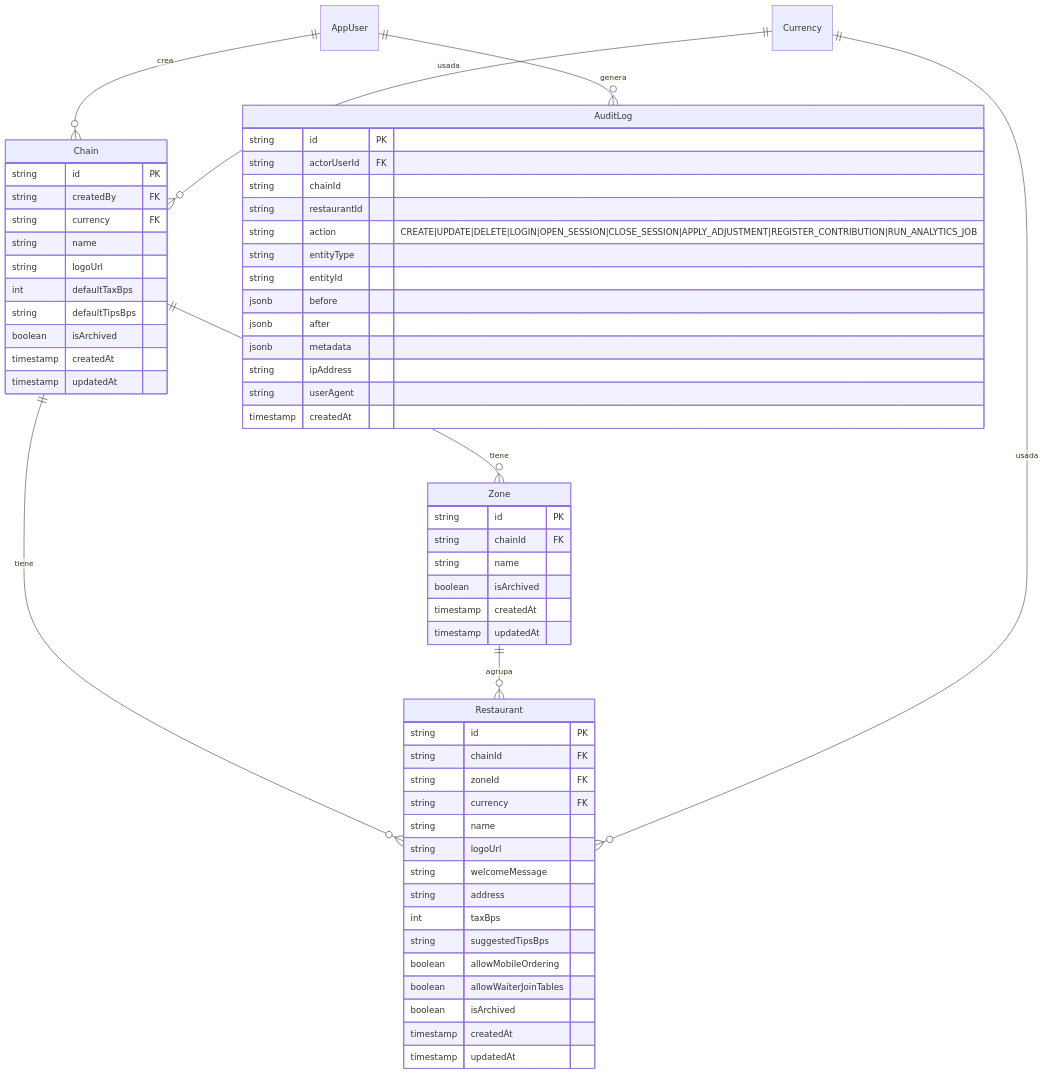
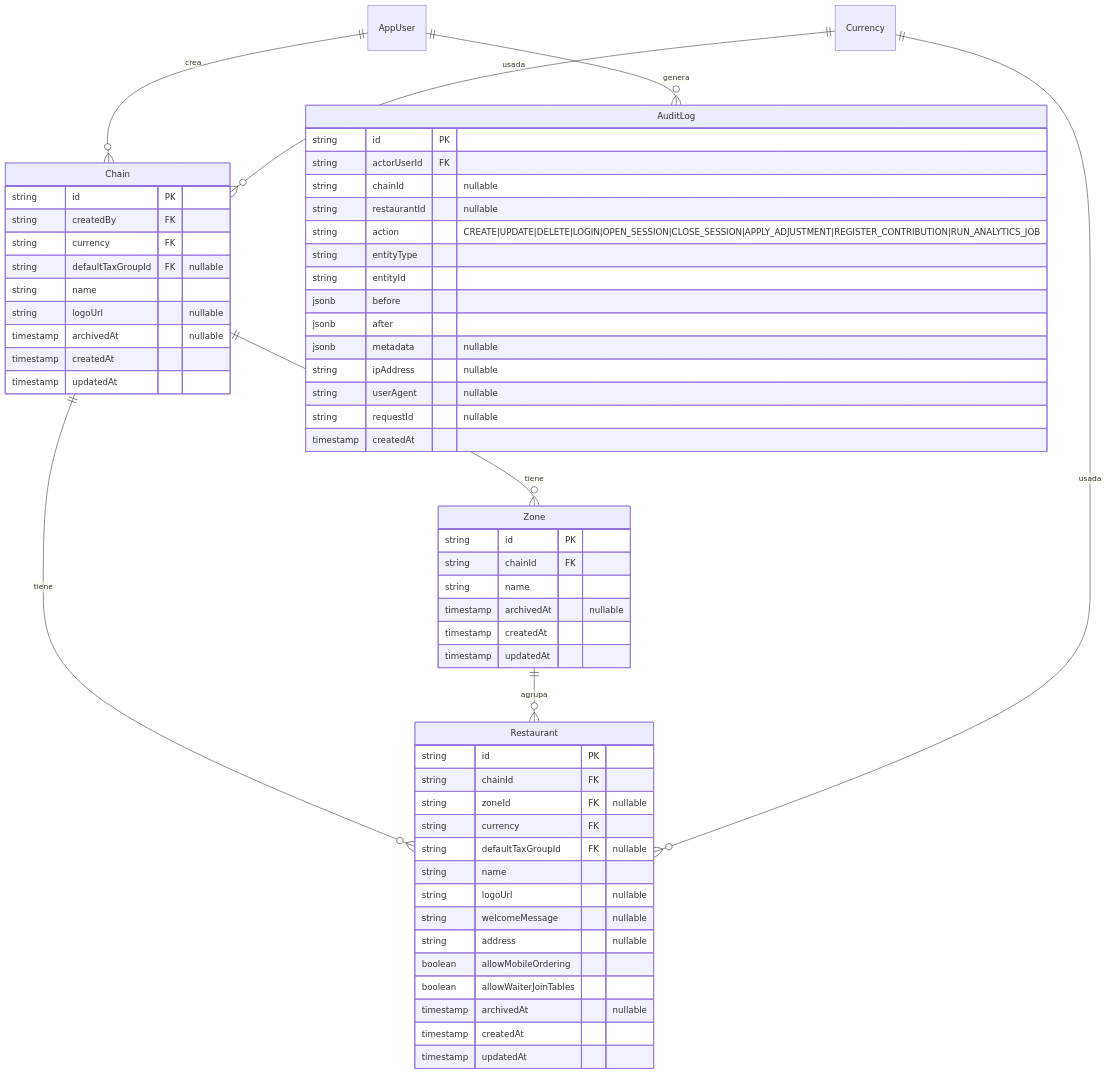
The diagram in docs/_assets/erd/dominio-04-organizacion.mmd (dvillagrans/Bouquet), drawn with Mermaid before and after one commit. The commit also changed 20 other files, not shown here.

Commit message:
feat: implement centralized authentication with AppUser, RBAC, and audit logging to replace legacy staff/admin schemas

```diff
--- a/docs/_assets/erd/dominio-04-organizacion.mmd
+++ b/docs/_assets/erd/dominio-04-organizacion.mmd
@@ -1,65 +1,64 @@
 erDiagram
 
     Chain {
         string id PK
         string createdBy FK
         string currency FK
+        string defaultTaxGroupId FK "nullable"
         string name
-        string logoUrl
-        int defaultTaxBps
-        string defaultTipsBps
-        boolean isArchived
+        string logoUrl "nullable"
+        timestamp archivedAt "nullable"
         timestamp createdAt
         timestamp updatedAt
     }
 
     Zone {
         string id PK
         string chainId FK
         string name
-        boolean isArchived
+        timestamp archivedAt "nullable"
         timestamp createdAt
         timestamp updatedAt
     }
 
     Restaurant {
         string id PK
         string chainId FK
-        string zoneId FK
+        string zoneId FK "nullable"
         string currency FK
+        string defaultTaxGroupId FK "nullable"
         string name
-        string logoUrl
-        string welcomeMessage
-        string address
-        int taxBps
-        string suggestedTipsBps
+        string logoUrl "nullable"
+        string welcomeMessage "nullable"
+        string address "nullable"
         boolean allowMobileOrdering
         boolean allowWaiterJoinTables
-        boolean isArchived
+        timestamp archivedAt "nullable"
         timestamp createdAt
         timestamp updatedAt
     }
 
     AuditLog {
         string id PK
         string actorUserId FK
-        string chainId
-        string restaurantId
+        string chainId "nullable"
+        string restaurantId "nullable"
         string action "CREATE|UPDATE|DELETE|LOGIN|OPEN_SESSION|CLOSE_SESSION|APPLY_ADJUSTMENT|REGISTER_CONTRIBUTION|RUN_ANALYTICS_JOB"
         string entityType
         string entityId
         jsonb before
         jsonb after
-        jsonb metadata
-        string ipAddress
-        string userAgent
+        jsonb metadata "nullable"
+        string ipAddress "nullable"
+        string userAgent "nullable"
+        string requestId "nullable"
         timestamp createdAt
     }
 
     Chain ||--o{ Zone : "tiene"
     Chain ||--o{ Restaurant : "tiene"
     Zone ||--o{ Restaurant : "agrupa"
     AppUser ||--o{ Chain : "crea"
     AppUser ||--o{ AuditLog : "genera"
     Currency ||--o{ Chain : "usada"
     Currency ||--o{ Restaurant : "usada"
```
